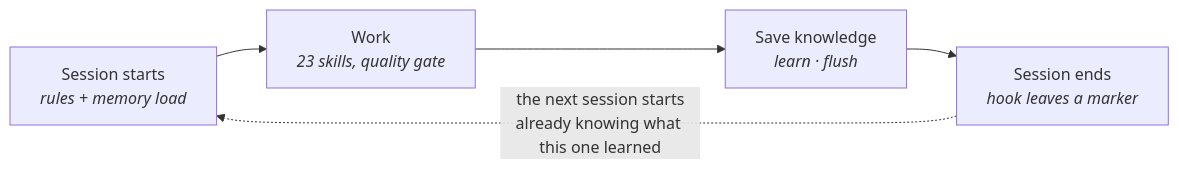
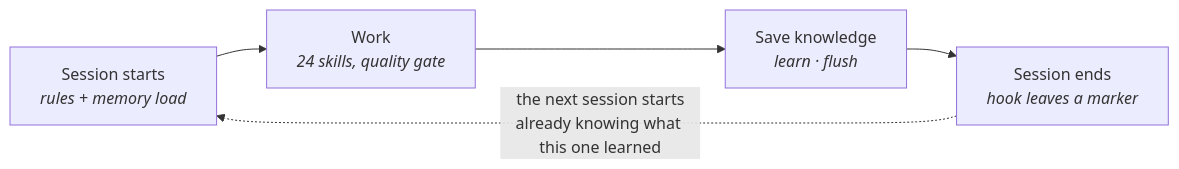
Before and after one commit to selawood-web/claude-code-generic-guide: the first of 4 diagrams in SYSTEM-OVERVIEW.md, drawn with Mermaid. The commit also changed other lines of this file and 1 other file, not shown here.

````diff
--- a/SYSTEM-OVERVIEW.md
+++ b/SYSTEM-OVERVIEW.md
@@ -36,7 +36,7 @@
 ```mermaid
 flowchart LR
-    A["Session starts<br/><i>rules + memory load</i>"] --> B["Work<br/><i>23 skills, quality gate</i>"]
+    A["Session starts<br/><i>rules + memory load</i>"] --> B["Work<br/><i>24 skills, quality gate</i>"]
     B --> C["Save knowledge<br/><i>learn · flush</i>"]
     C --> D["Session ends<br/><i>hook leaves a marker</i>"]
     D -. "the next session starts<br/>already knowing what this one learned" .-> A
 ```
````
